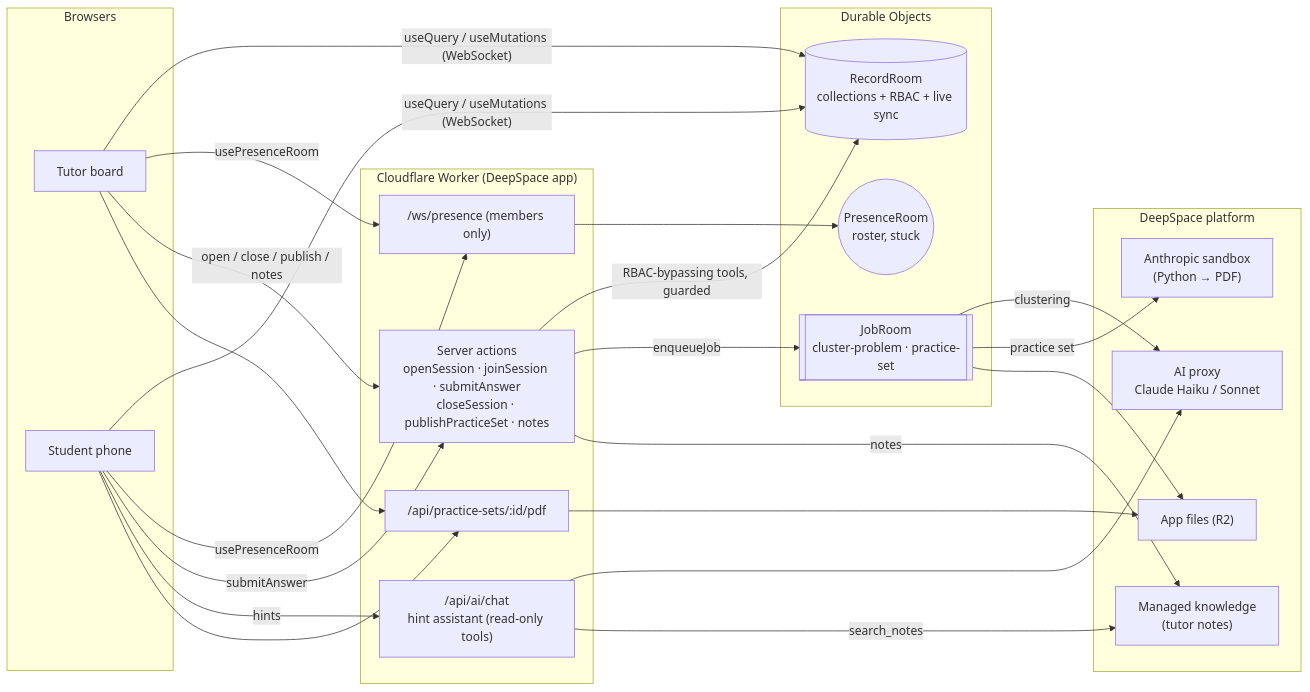
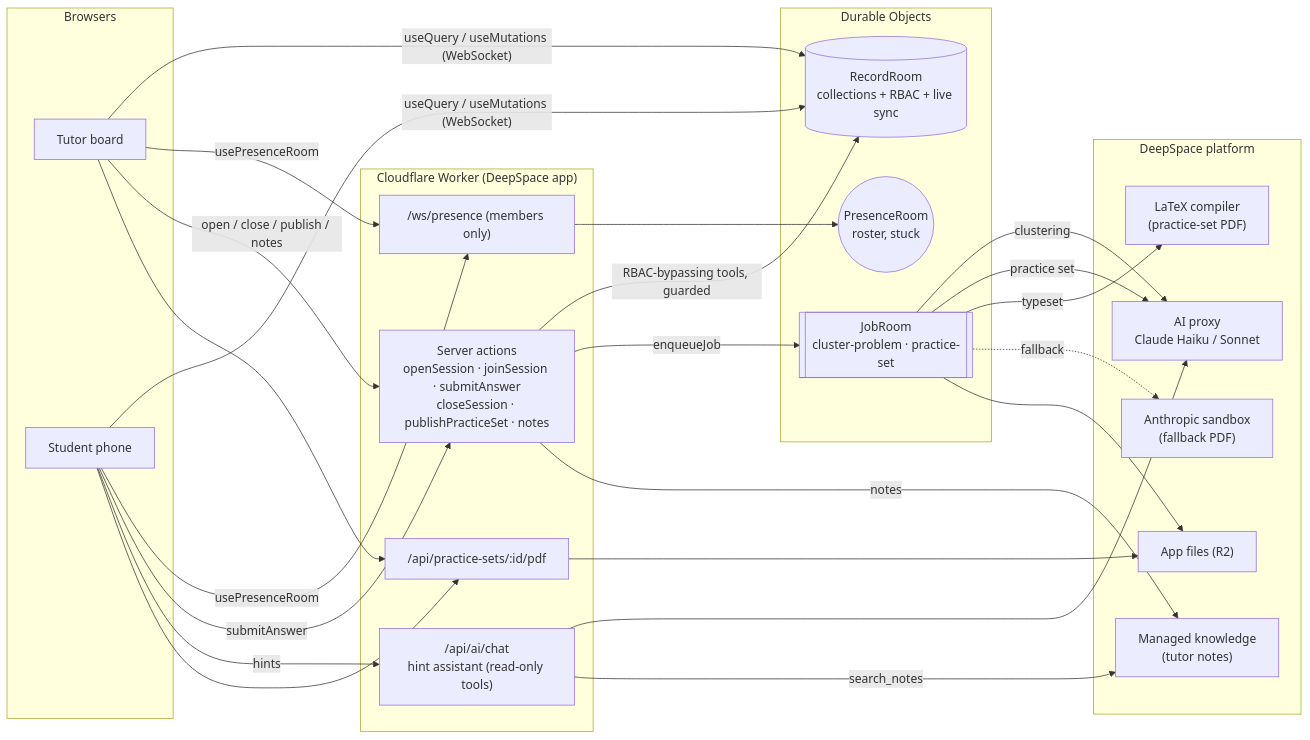
One commit to shriya77/tutorpulse changed the diagram in README.md. Above: the diagram before and after it, drawn with Mermaid. The commit also changed other lines of this file and 2 other files, not shown here.

Commit message:
Docs: LaTeX practice sets

````diff
--- a/README.md
+++ b/README.md
@@ -16,38 +16,41 @@
 ```mermaid
 flowchart LR
   subgraph Browsers
     T[Tutor board]
     S[Student phone]
   end
   subgraph Worker["Cloudflare Worker (DeepSpace app)"]
     A["Server actions<br/>openSession · joinSession · submitAnswer<br/>closeSession · publishPracticeSet · notes"]
     C["/api/ai/chat<br/>hint assistant (read-only tools)"]
     P["/api/practice-sets/:id/pdf"]
     W["/ws/presence (members only)"]
   end
   subgraph DOs["Durable Objects"]
     R[("RecordRoom<br/>collections + RBAC + live sync")]
     J[["JobRoom<br/>cluster-problem · practice-set"]]
     PR(("PresenceRoom<br/>roster, stuck"))
   end
   subgraph Platform["DeepSpace platform"]
     AI["AI proxy<br/>Claude Haiku / Sonnet"]
-    SB["Anthropic sandbox<br/>(Python → PDF)"]
+    LX["LaTeX compiler<br/>(practice-set PDF)"]
+    SB["Anthropic sandbox<br/>(fallback PDF)"]
     KB["Managed knowledge<br/>(tutor notes)"]
     F["App files (R2)"]
   end
 
   T & S -- useQuery / useMutations (WebSocket) --> R
   T & S -- usePresenceRoom --> W --> PR
   S -- submitAnswer --> A
   T -- open / close / publish / notes --> A
   A -- RBAC-bypassing tools, guarded --> R
   A -- enqueueJob --> J
   J -- clustering --> AI
-  J -- practice set --> SB
+  J -- practice set --> AI
+  J -- typeset --> LX
+  J -. fallback .-> SB
   J --> F
   S -- hints --> C --> AI
   C -- search_notes --> KB
   A -- notes --> KB
   S & T --> P --> F
 ```
````
